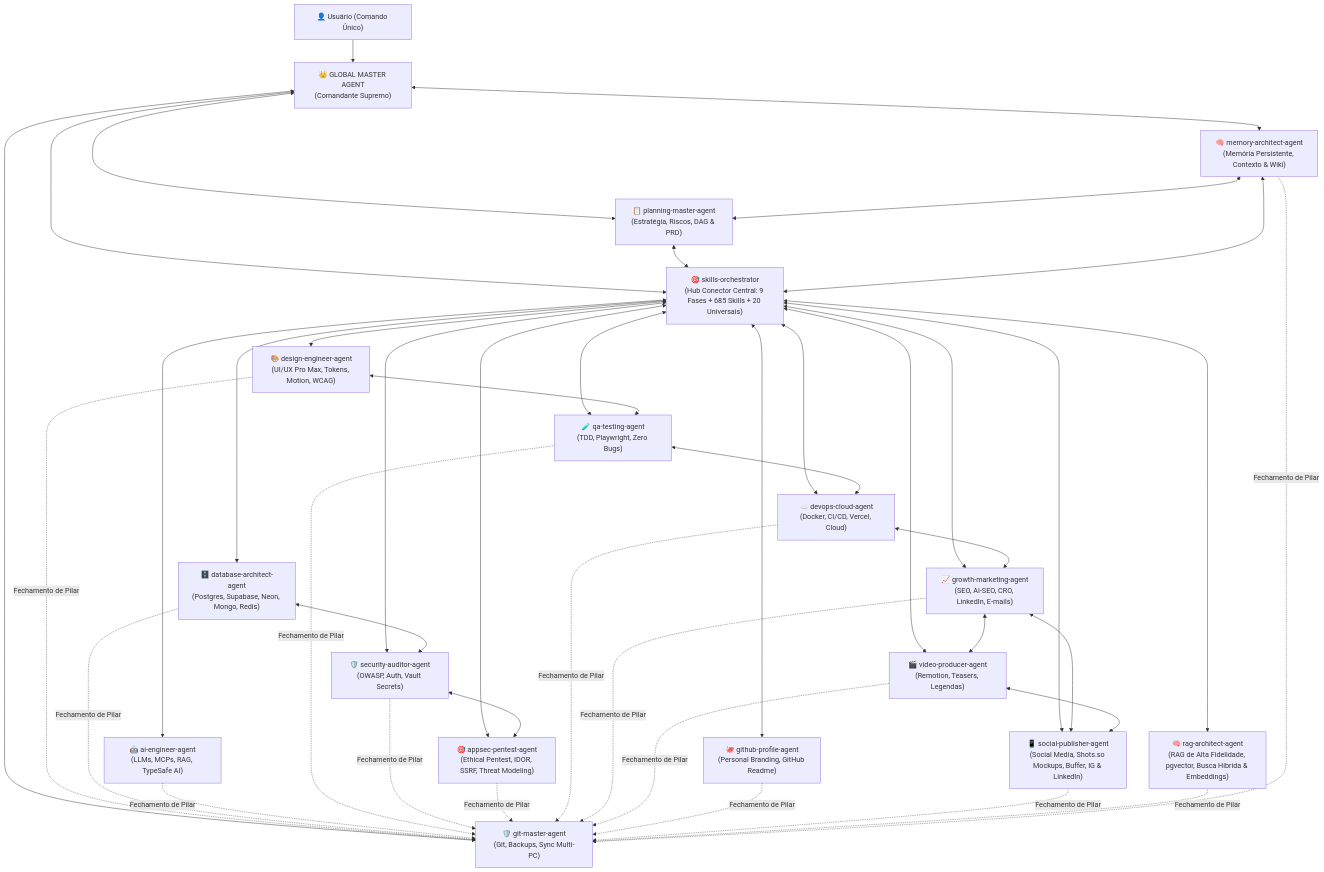
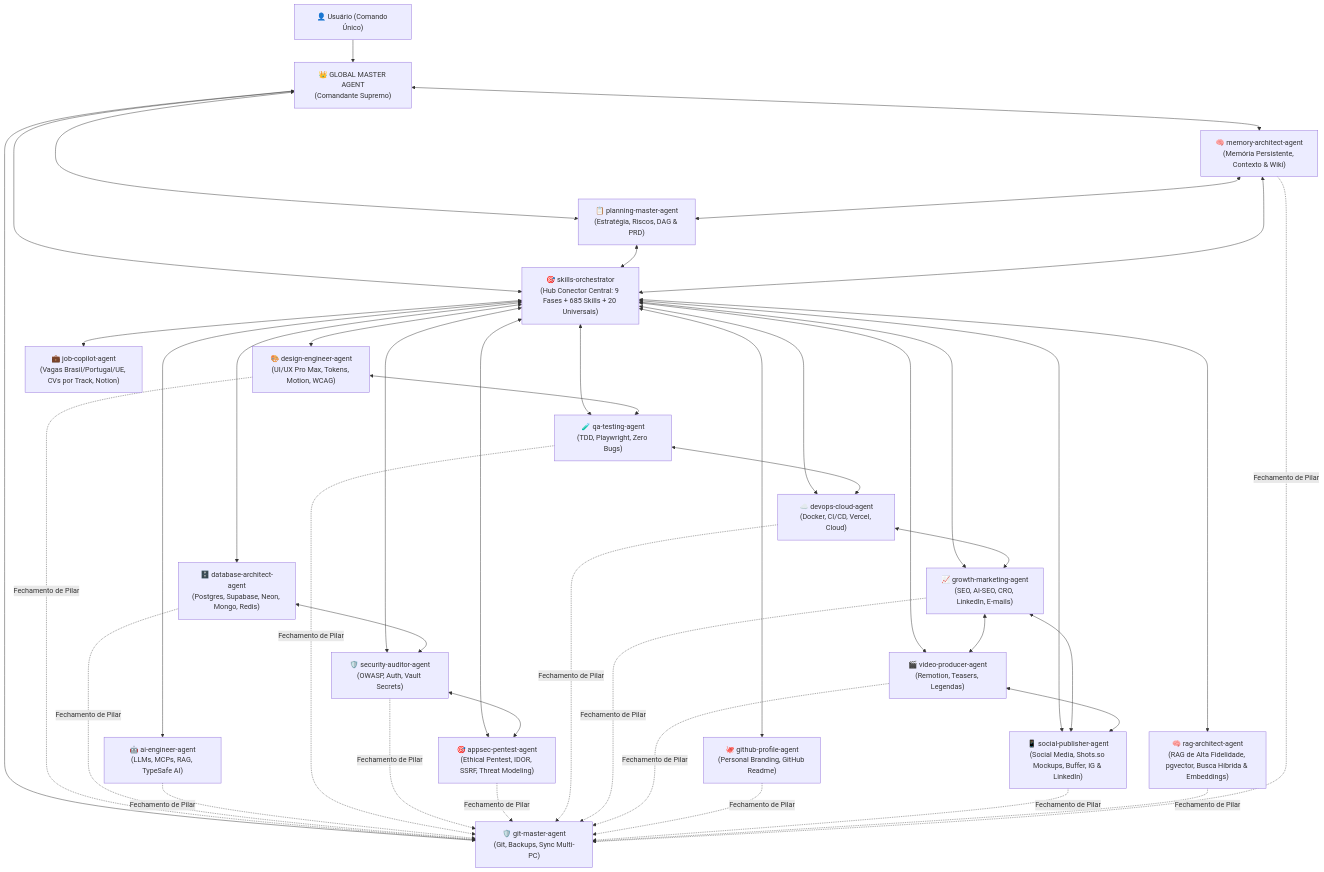
One commit to Henrique1601/SkiilsToIAs changed the first of 2 diagrams in custom-agents/global-master-agent.md. Above: the diagram before and after it, drawn with Mermaid. The commit also changed other lines of this file and 8 other files, not shown here.

````diff
--- a/custom-agents/global-master-agent.md
+++ b/custom-agents/global-master-agent.md
@@ -74,50 +74,51 @@
 ```mermaid
 flowchart TD
     User["👤 Usuário (Comando Único)"] --> GMA["👑 GLOBAL MASTER AGENT<br/>(Comandante Supremo)"]
     
     GMA <--> PLAN["📋 planning-master-agent<br/>(Estratégia, Riscos, DAG & PRD)"]
     GMA <--> MEM["🧠 memory-architect-agent<br/>(Memória Persistente, Contexto & Wiki)"]
     GMA <--> ORCH["🎯 skills-orchestrator<br/>(Hub Conector Central: 9 Fases + 685 Skills + 20 Universais)"]
     GMA <--> GIT["🛡️ git-master-agent<br/>(Git, Backups, Sync Multi-PC)"]
 
     PLAN <--> ORCH
     MEM <--> ORCH
     MEM <--> PLAN
 
     ORCH <--> UI["🎨 design-engineer-agent<br/>(UI/UX Pro Max, Tokens, Motion, WCAG)"]
     ORCH <--> DB["🗄️ database-architect-agent<br/>(Postgres, Supabase, Neon, Mongo, Redis)"]
     ORCH <--> AI["🤖 ai-engineer-agent<br/>(LLMs, MCPs, RAG, TypeSafe AI)"]
     ORCH <--> QA["🧪 qa-testing-agent<br/>(TDD, Playwright, Zero Bugs)"]
     ORCH <--> SEC["🛡️ security-auditor-agent<br/>(OWASP, Auth, Vault Secrets)"]
     ORCH <--> PENTEST["🎯 appsec-pentest-agent<br/>(Ethical Pentest, IDOR, SSRF, Threat Modeling)"]
     SEC <--> PENTEST
     ORCH <--> CLOUD["☁️ devops-cloud-agent<br/>(Docker, CI/CD, Vercel, Cloud)"]
     ORCH <--> GROWTH["📈 growth-marketing-agent<br/>(SEO, AI-SEO, CRO, LinkedIn, E-mails)"]
     ORCH <--> VIDEO["🎬 video-producer-agent<br/>(Remotion, Teasers, Legendas)"]
     ORCH <--> PROFILE["🐙 github-profile-agent<br/>(Personal Branding, GitHub Readme)"]
     ORCH <--> SOCIAL["📱 social-publisher-agent<br/>(Social Media, Shots.so Mockups, Buffer, IG & LinkedIn)"]
     ORCH <--> RAG["🧠 rag-architect-agent<br/>(RAG de Alta Fidelidade, pgvector, Busca Híbrida & Embeddings)"]
+    ORCH <--> JOB["💼 job-copilot-agent<br/>(Vagas Brasil/Portugal/UE, CVs por Track, Notion)"]
 
     DB <--> SEC
     UI <--> QA
     QA <--> CLOUD
     CLOUD <--> GROWTH
     GROWTH <--> VIDEO
     GROWTH <--> SOCIAL
     VIDEO <--> SOCIAL
 
     %% Portão Obrigatório Final
     UI -.->|Fechamento de Pilar| GIT
     DB -.->|Fechamento de Pilar| GIT
     AI -.->|Fechamento de Pilar| GIT
     QA -.->|Fechamento de Pilar| GIT
     SEC -.->|Fechamento de Pilar| GIT
     PENTEST -.->|Fechamento de Pilar| GIT
     CLOUD -.->|Fechamento de Pilar| GIT
     GROWTH -.->|Fechamento de Pilar| GIT
     VIDEO -.->|Fechamento de Pilar| GIT
     PROFILE -.->|Fechamento de Pilar| GIT
     SOCIAL -.->|Fechamento de Pilar| GIT
     RAG -.->|Fechamento de Pilar| GIT
     MEM -.->|Fechamento de Pilar| GIT
 ```
````
